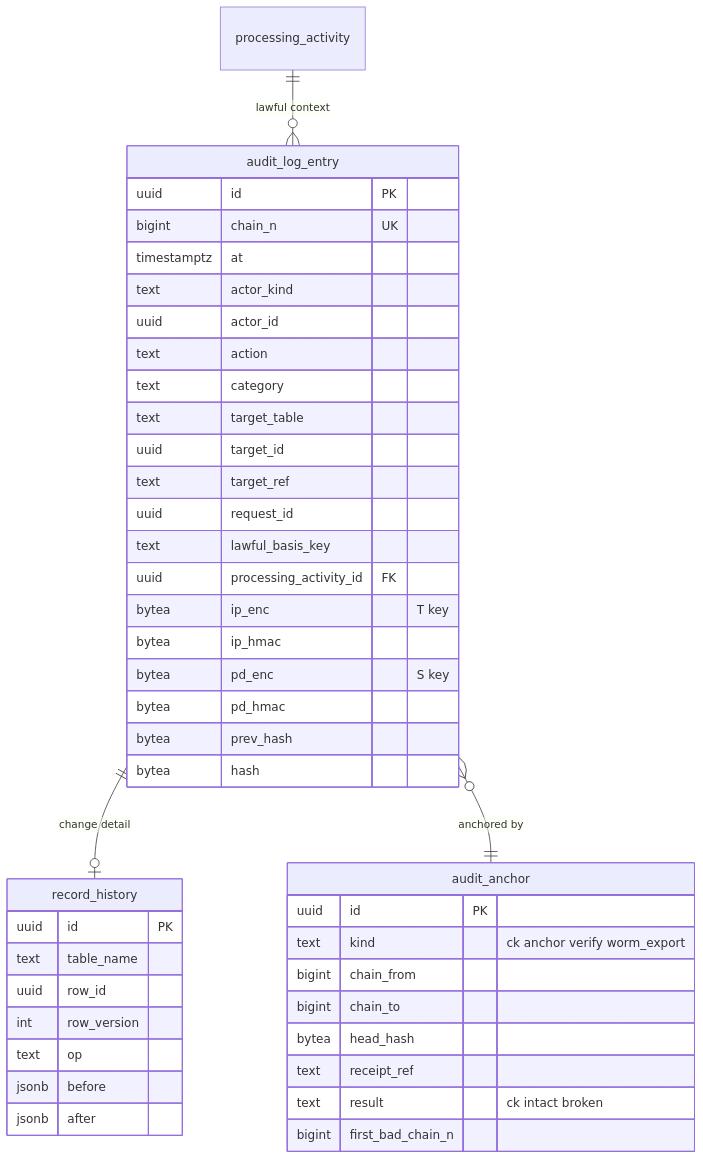
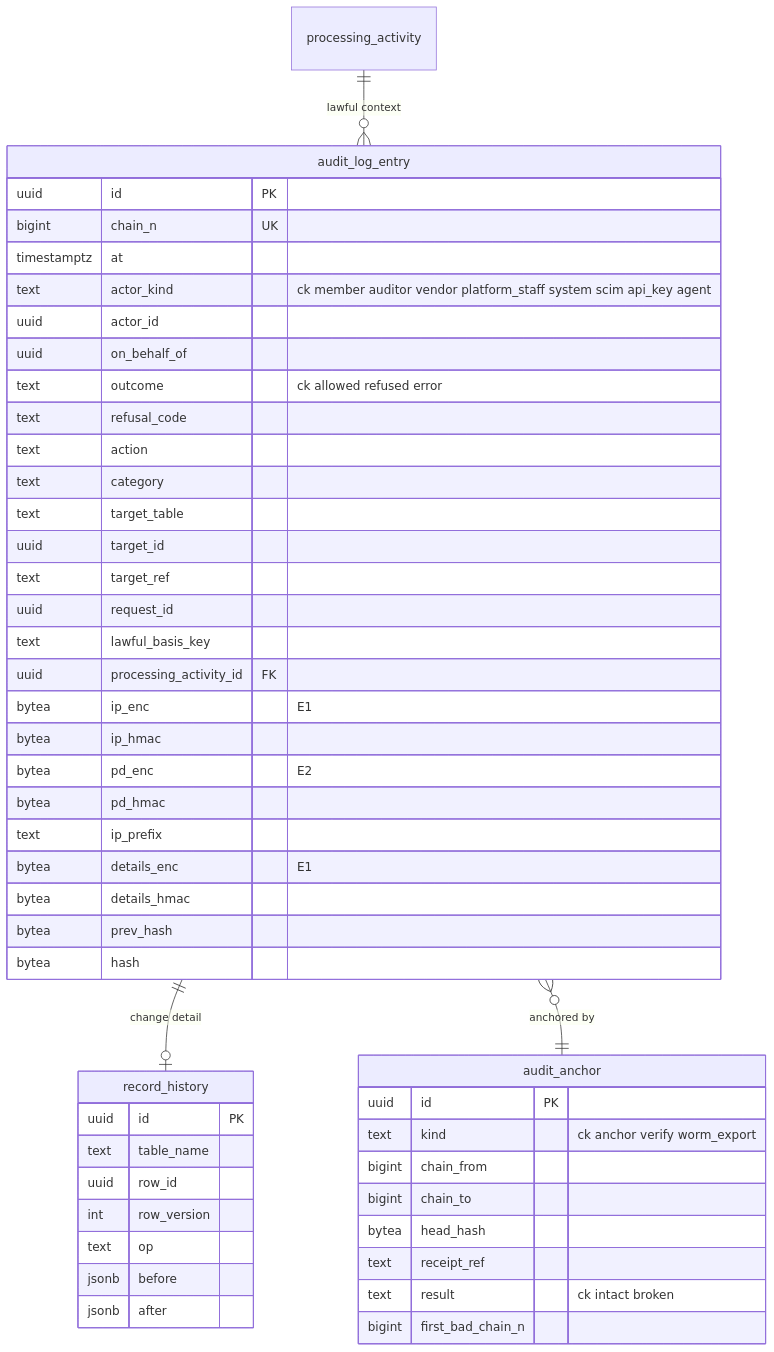
One commit to ShahidCS/Selvara changed diagram 22 of 27 in docs/architecture/backend-v2/phase2/2B-data-model.md. Above: the diagram before and after it, drawn with Mermaid. The commit also changed other lines of this file and 8 other files, not shown here.

First line of the commit message:
docs(backend-v2): phase 3 revisions in progress (architecture, data model, registers)

````diff
--- a/docs/architecture/backend-v2/phase2/2B-data-model.md
+++ b/docs/architecture/backend-v2/phase2/2B-data-model.md
@@ -1618,46 +1623,52 @@
 ```mermaid
 erDiagram
   audit_log_entry ||--o| record_history : "change detail"
   processing_activity ||--o{ audit_log_entry : "lawful context"
   audit_log_entry }o--|| audit_anchor : "anchored by"
   audit_log_entry {
     uuid id PK
     bigint chain_n UK
     timestamptz at
-    text actor_kind
+    text actor_kind "ck member auditor vendor platform_staff system scim api_key agent"
     uuid actor_id
+    uuid on_behalf_of
+    text outcome "ck allowed refused error"
+    text refusal_code
     text action
     text category
     text target_table
     uuid target_id
     text target_ref
     uuid request_id
     text lawful_basis_key
     uuid processing_activity_id FK
-    bytea ip_enc "T key"
+    bytea ip_enc "E1"
     bytea ip_hmac
-    bytea pd_enc "S key"
+    bytea pd_enc "E2"
     bytea pd_hmac
+    text ip_prefix
+    bytea details_enc "E1"
+    bytea details_hmac
     bytea prev_hash
     bytea hash
   }
   audit_anchor {
     uuid id PK
     text kind "ck anchor verify worm_export"
     bigint chain_from
     bigint chain_to
     bytea head_hash
     text receipt_ref
     text result "ck intact broken"
     bigint first_bad_chain_n
   }
   record_history {
     uuid id PK
     text table_name
     uuid row_id
     int row_version
     text op
     jsonb before
     jsonb after
   }
 ```
````
